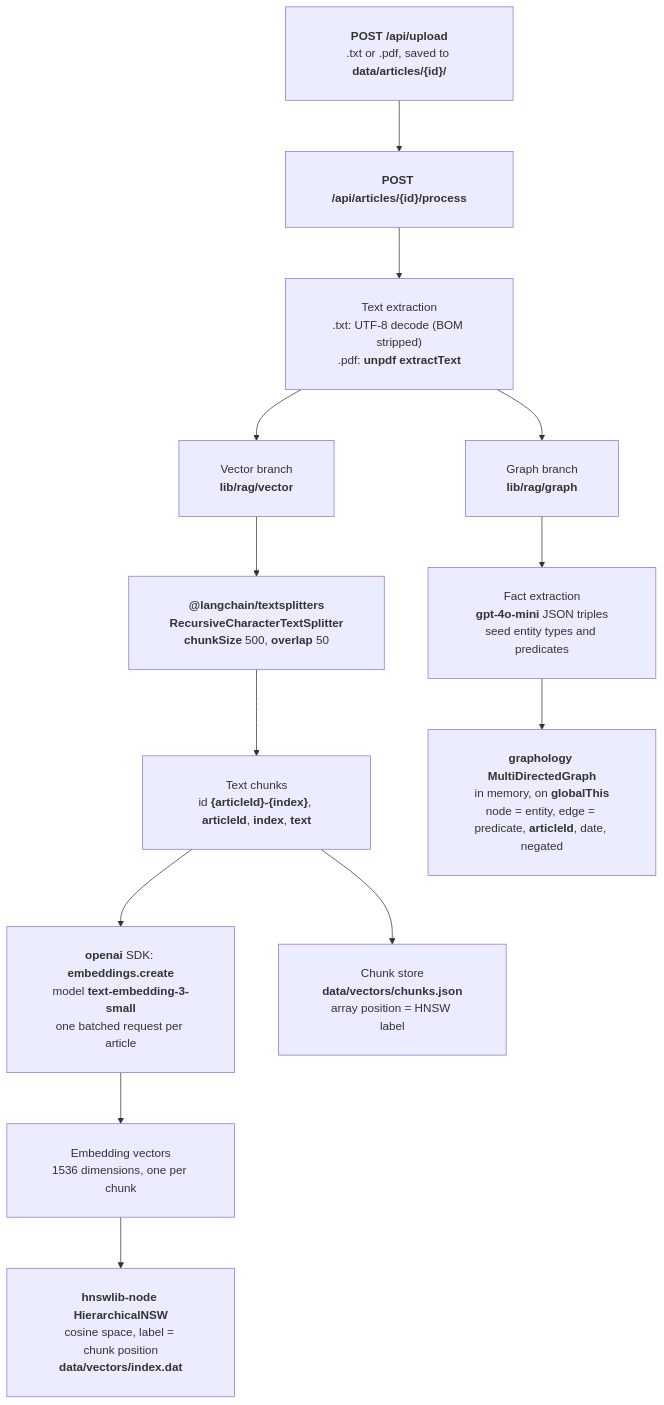
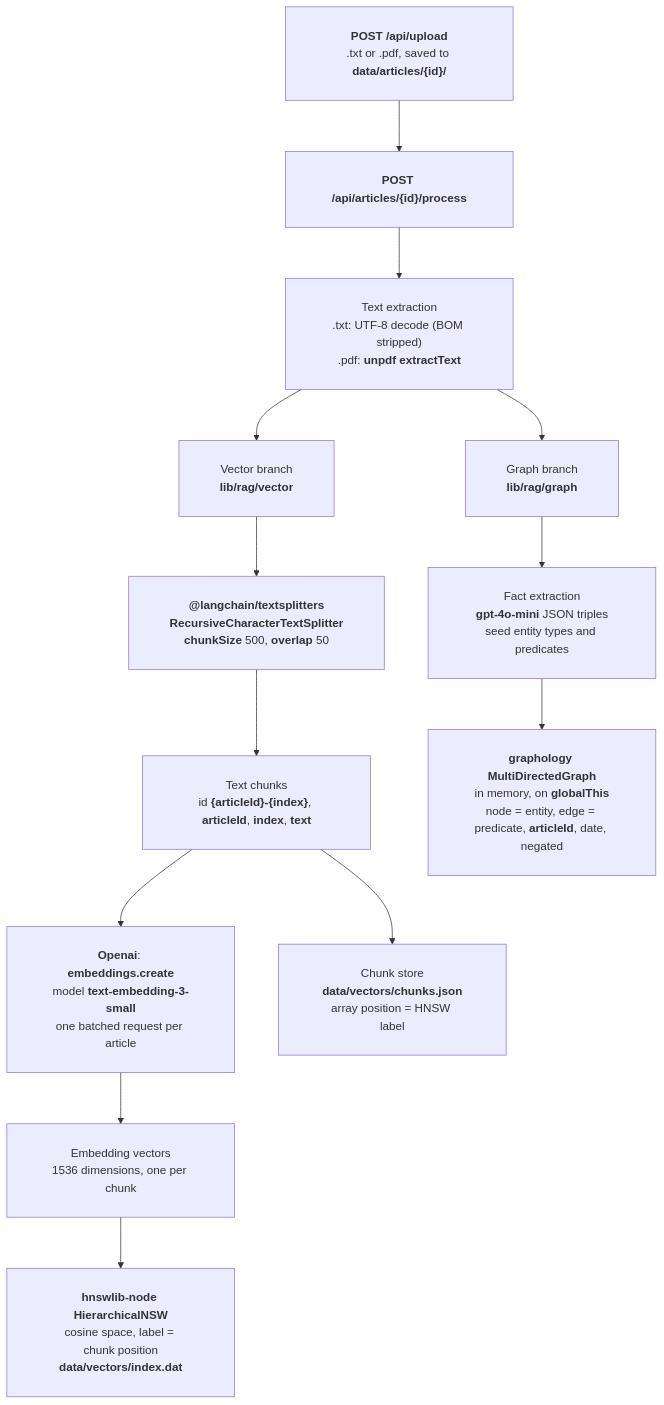
Before and after one commit to NickRumenov1/next-insights-rag: the first of 2 diagrams in Architecture.md, drawn with Mermaid. The commit also changed other lines of this file and 5 other files, not shown here.

````diff
--- a/Architecture.md
+++ b/Architecture.md
@@ -21,18 +21,18 @@
 ```mermaid
 %%{init: {"themeVariables": {"fontSize": "26"}, "flowchart": {"padding": 28, "nodeSpacing": 60, "rankSpacing": 70}}}%%
 flowchart TD
     Upload["<b>POST /api/upload</b><br/>.txt or .pdf, saved to <b>data/articles/{id}/</b>"] --> Process["<b>POST /api/articles/{id}/process</b>"]
     Process --> Extract["Text extraction<br/>.txt: UTF-8 decode (BOM stripped)<br/>.pdf: <b>unpdf</b> <b>extractText</b>"]
     Extract --> VectorBranch["Vector branch<br/><b>lib/rag/vector</b>"]
     Extract --> GraphBranch["Graph branch<br/><b>lib/rag/graph</b>"]
 
     VectorBranch --> Splitter["<b>@langchain/textsplitters</b><br/><b>RecursiveCharacterTextSplitter</b><br/><b>chunkSize</b> 500, <b>overlap</b> 50"]
     Splitter --> Chunks["Text chunks<br/>id <b>{articleId}-{index}</b>, <b>articleId</b>, <b>index</b>, <b>text</b>"]
-    Chunks --> Embedder["<b>openai</b> SDK: <b>embeddings.create</b><br/>model <b>text-embedding-3-small</b><br/>one batched request per article"]
+    Chunks --> Embedder["<b>Openai</b>: <b>embeddings.create</b><br/>model <b>text-embedding-3-small</b><br/>one batched request per article"]
     Embedder --> Vectors["Embedding vectors<br/>1536 dimensions, one per chunk"]
     Vectors --> HnswIndex["<b>hnswlib-node</b> <b>HierarchicalNSW</b><br/>cosine space, label = chunk position<br/><b>data/vectors/index.dat</b>"]
     Chunks --> ChunksFile["Chunk store<br/><b>data/vectors/chunks.json</b><br/>array position = HNSW label"]
 
     GraphBranch --> Facts["Fact extraction<br/><b>gpt-4o-mini</b> JSON triples<br/>seed entity types and predicates"]
     Facts --> GraphStore["<b>graphology</b> <b>MultiDirectedGraph</b><br/>in memory, on <b>globalThis</b><br/>node = entity, edge = predicate, <b>articleId</b>, date, negated"]
 ```
````
